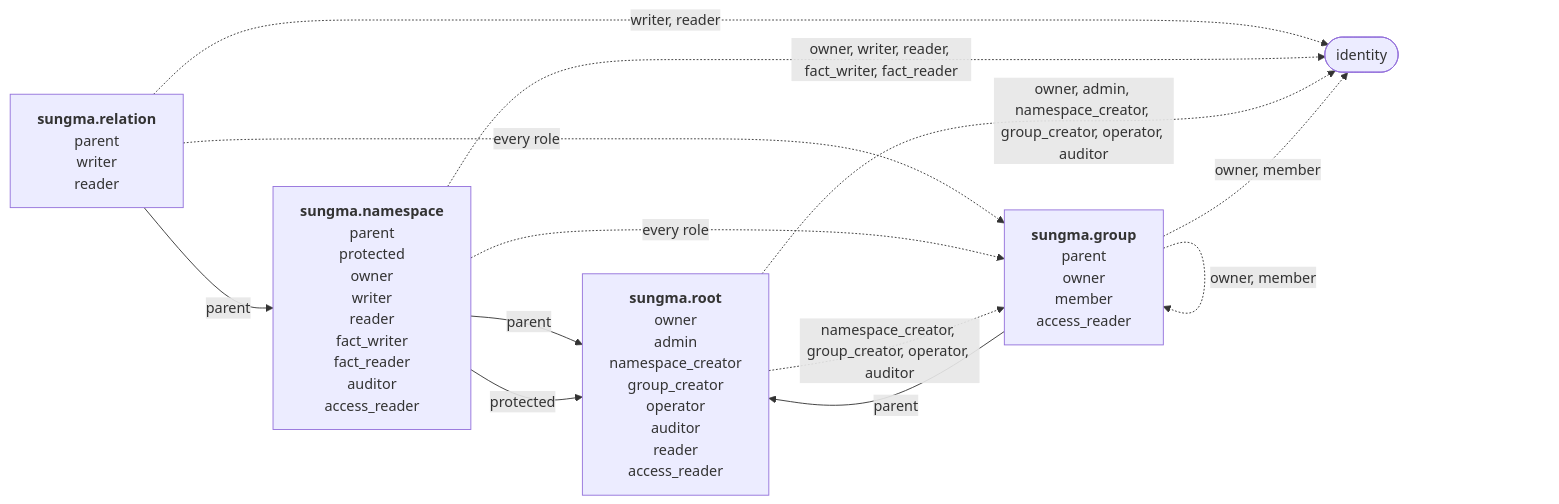
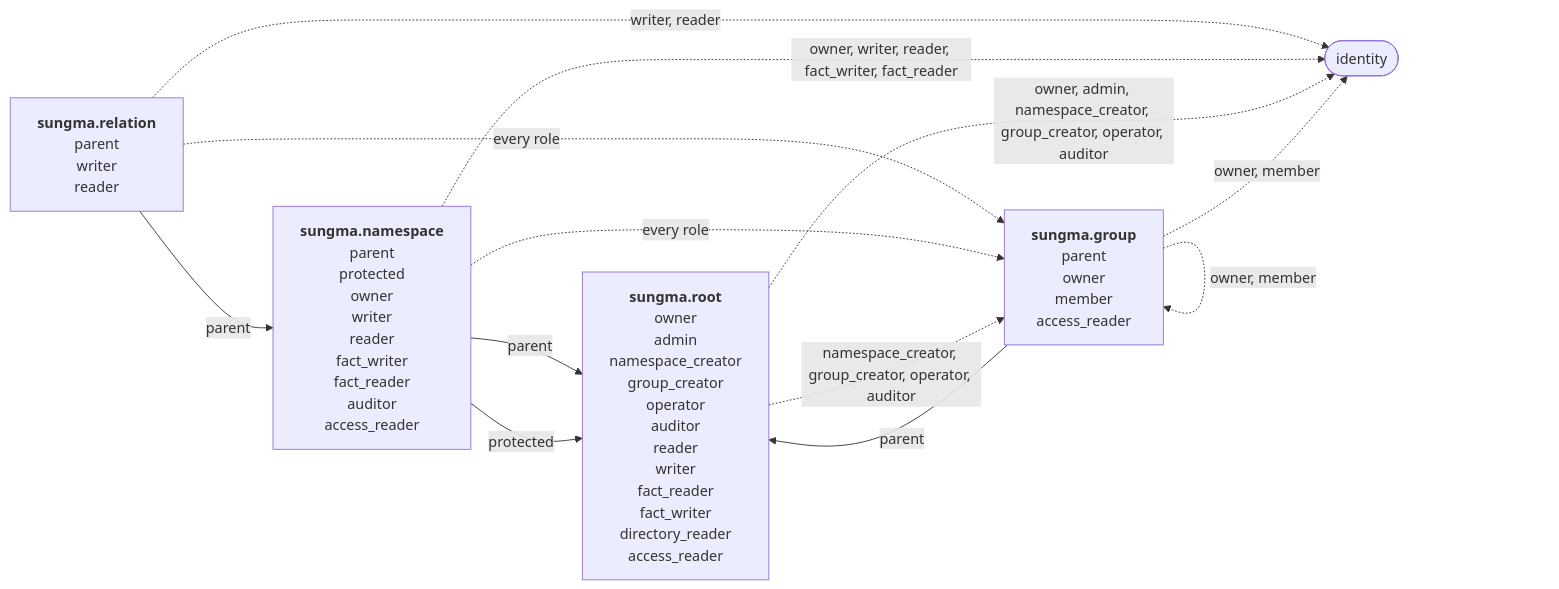
Before and after one commit to marklauter/Sungma: the diagram in docs/specs/sungma-authorization.md, drawn with Mermaid. The commit also changed other lines of this file, not shown here.

First line of the commit message:
Add coarse writer, fact_writer, fact_reader and directory_reader on the root

````diff
--- a/docs/specs/sungma-authorization.md
+++ b/docs/specs/sungma-authorization.md
@@ -153,20 +169,20 @@
 ```mermaid
 flowchart LR
   relation["<b>sungma.relation</b><br/>parent<br/>writer<br/>reader"]
   namespace["<b>sungma.namespace</b><br/>parent<br/>protected<br/>owner<br/>writer<br/>reader<br/>fact_writer<br/>fact_reader<br/>auditor<br/>access_reader"]
-  root["<b>sungma.root</b><br/>owner<br/>admin<br/>namespace_creator<br/>group_creator<br/>operator<br/>auditor<br/>reader<br/>access_reader"]
+  root["<b>sungma.root</b><br/>owner<br/>admin<br/>namespace_creator<br/>group_creator<br/>operator<br/>auditor<br/>reader<br/>writer<br/>fact_reader<br/>fact_writer<br/>directory_reader<br/>access_reader"]
   group["<b>sungma.group</b><br/>parent<br/>owner<br/>member<br/>access_reader"]
   identity(["identity"])
   relation -- parent --> namespace
   namespace -- parent --> root
   namespace -- protected --> root
   group -- parent --> root
   relation -. "writer, reader" .-> identity
   namespace -. "owner, writer, reader, fact_writer, fact_reader" .-> identity
   root -. "owner, admin, namespace_creator, group_creator, operator, auditor" .-> identity
   group -. "owner, member" .-> identity
   relation -. "every role" .-> group
   namespace -. "every role" .-> group
   root -. "namespace_creator, group_creator, operator, auditor" .-> group
   group -. "owner, member" .-> group
 ```
````
